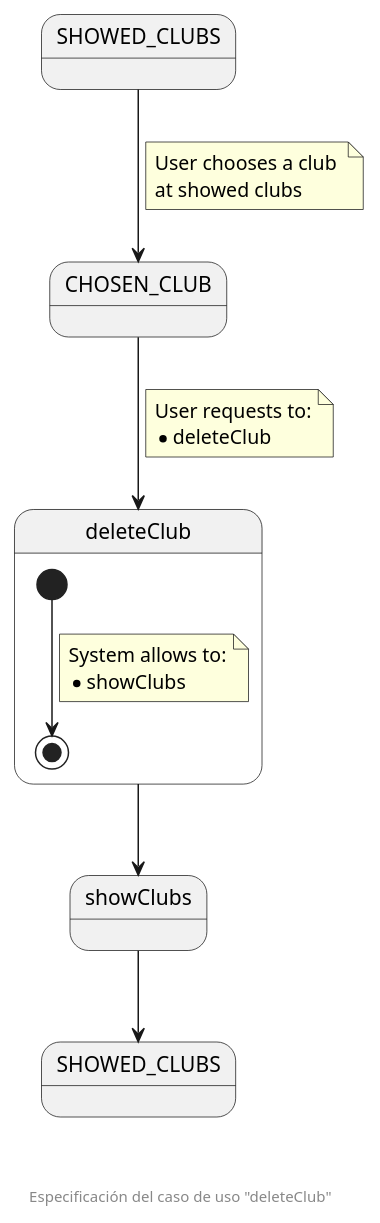
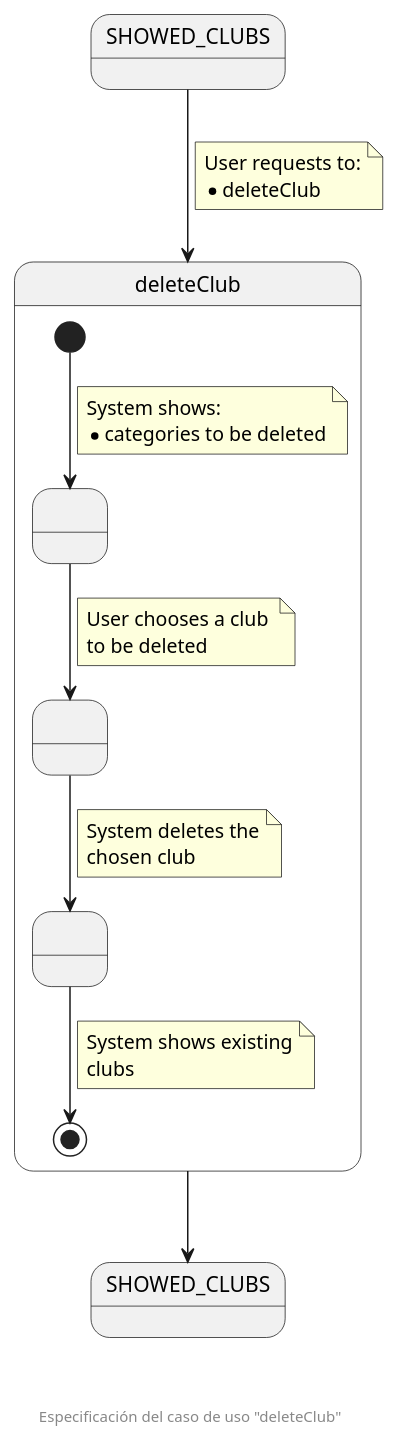
Before and after one commit to zuldare/mastercloud_pfm_halterocms: the diagram in documentation/diagrams/1_requirements/3_useCasesSpecification/organizationSecretary/05_deleteClub.puml, drawn with PlantUML.

Commit message:
Improve deleteClub use case specification

```diff
--- a/documentation/diagrams/1_requirements/3_useCasesSpecification/organizationSecretary/05_deleteClub.puml
+++ b/documentation/diagrams/1_requirements/3_useCasesSpecification/organizationSecretary/05_deleteClub.puml
@@ -1,32 +1,45 @@
 @startuml
 state SHOWED_CLUBS
-state CHOSEN_CLUB
 
 state deleteClub {
-  [*] --> [*]
+  state " " as SHOWED_CLUBS_TO_BE_DELETED
+  state " " as CHOSEN_CLUB
+  state " " as CLUB_DELETED
+
+  [*] --> SHOWED_CLUBS_TO_BE_DELETED
   note on link
-    System allows to:
-    * showClubs
+    System shows:
+    * categories to be deleted
+  end note
+  
+  SHOWED_CLUBS_TO_BE_DELETED --> CHOSEN_CLUB
+  note on link
+    User chooses a club 
+    to be deleted
+  end note
+
+  CHOSEN_CLUB --> CLUB_DELETED
+  note on link
+    System deletes the
+    chosen club
+  end note
+
+  CLUB_DELETED --> [*]
+  note on link
+    System shows existing
+    clubs
   end note
 }
 
-state showClubs
 state "SHOWED_CLUBS" as SHOWED_CLUBS_F
 
-SHOWED_CLUBS --> CHOSEN_CLUB
-note on link
-  User chooses a club 
-  at showed clubs
-end note
-
-CHOSEN_CLUB --> deleteClub
+SHOWED_CLUBS --> deleteClub
 note on link
   User requests to:
   * deleteClub
 end note
 
-deleteClub --> showClubs
-showClubs --> SHOWED_CLUBS_F
+deleteClub --> SHOWED_CLUBS_F
 
 footer \n\n\n Especificación del caso de uso "deleteClub"
 @enduml
```
